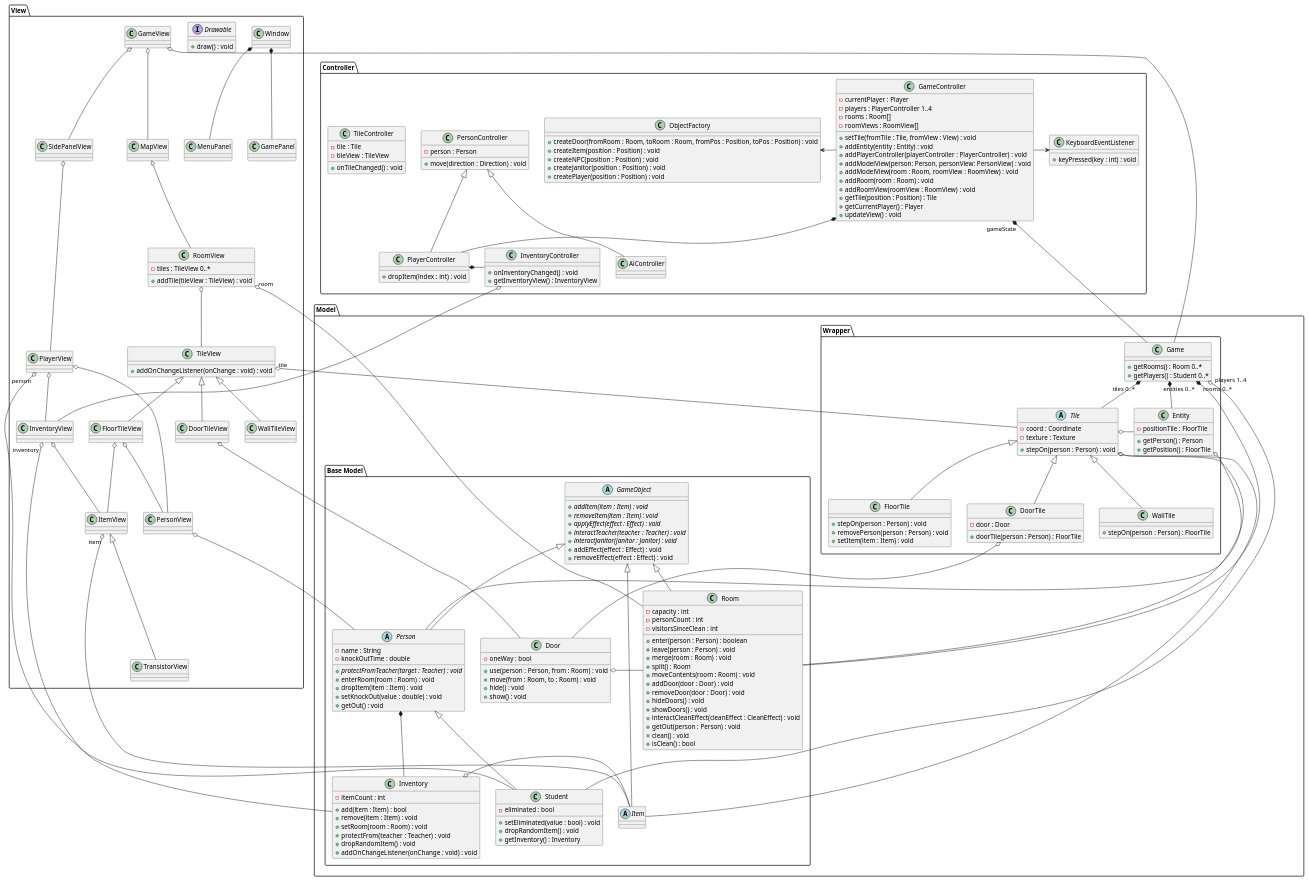
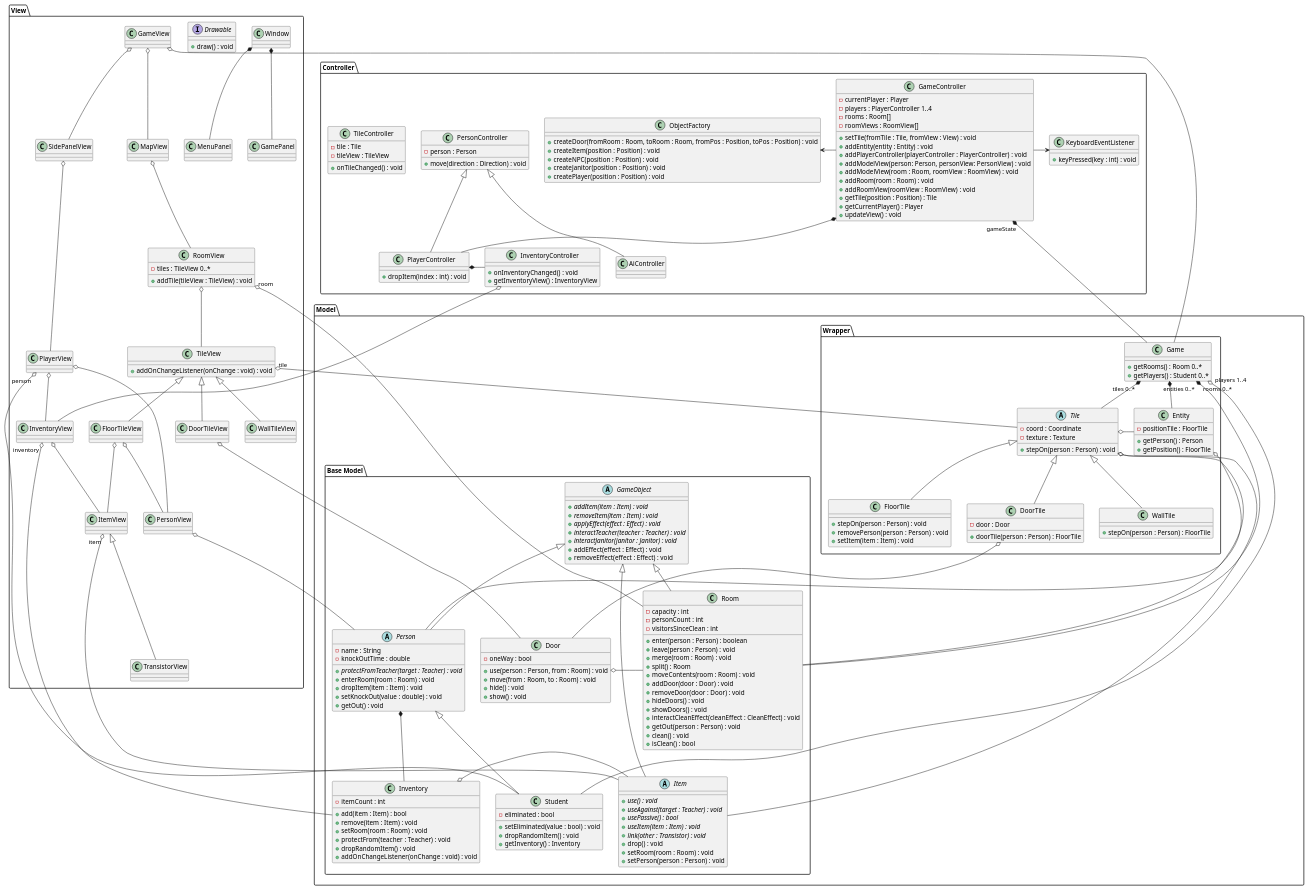
One commit to sn4k3ch4rm3r/logarlec changed the diagram in docs/diagrams/class/tile-wrapping.puml. Above: the diagram before and after it, drawn with PlantUML.

Commit message:
Copied item definition too

```diff
--- a/docs/diagrams/class/tile-wrapping.puml
+++ b/docs/diagrams/class/tile-wrapping.puml
@@ -45,7 +45,16 @@
             + getInventory() : Inventory
         }
         
-        abstract Item
+        abstract Item{
+            + {abstract} use() : void
+            + {abstract} useAgainst(target : Teacher) : void
+            + {abstract} usePassive() : bool
+            + {abstract} useItem(item : Item) : void
+            + {abstract} link(other : Transistor) : void
+            + drop() : void
+            + setRoom(room : Room) : void
+            + setPerson(person : Person) : void
+        }
         class Door{
             - oneWay : bool
             + use(person : Person, from : Room) : void
```
